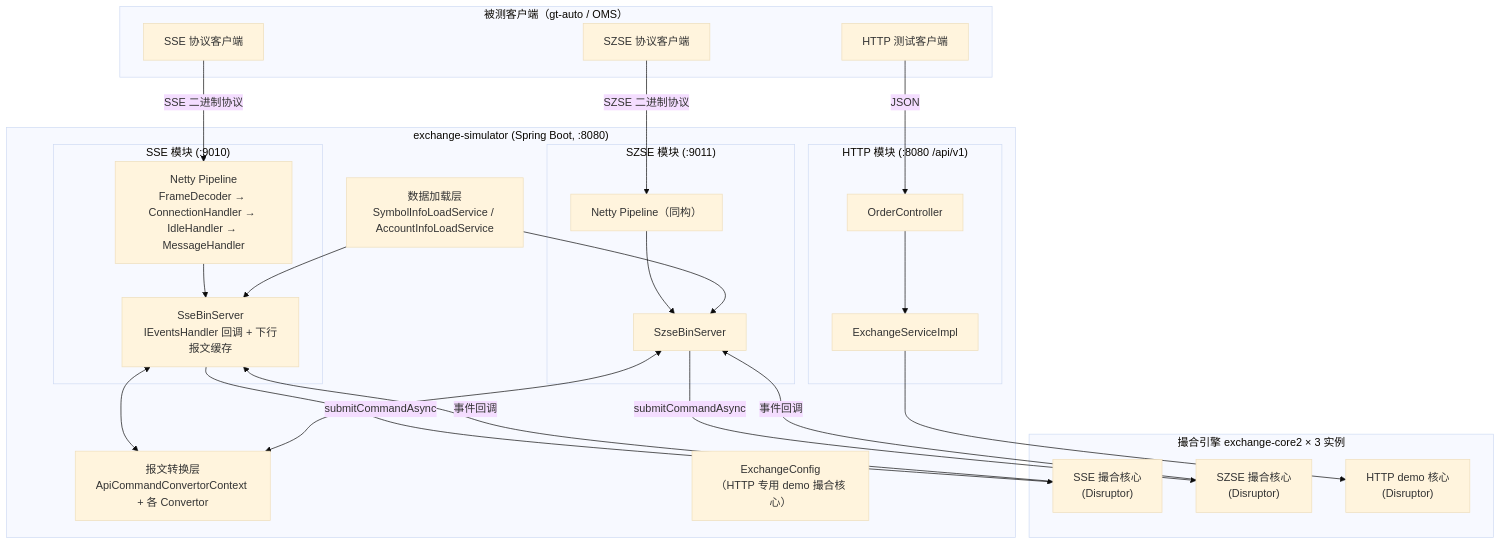
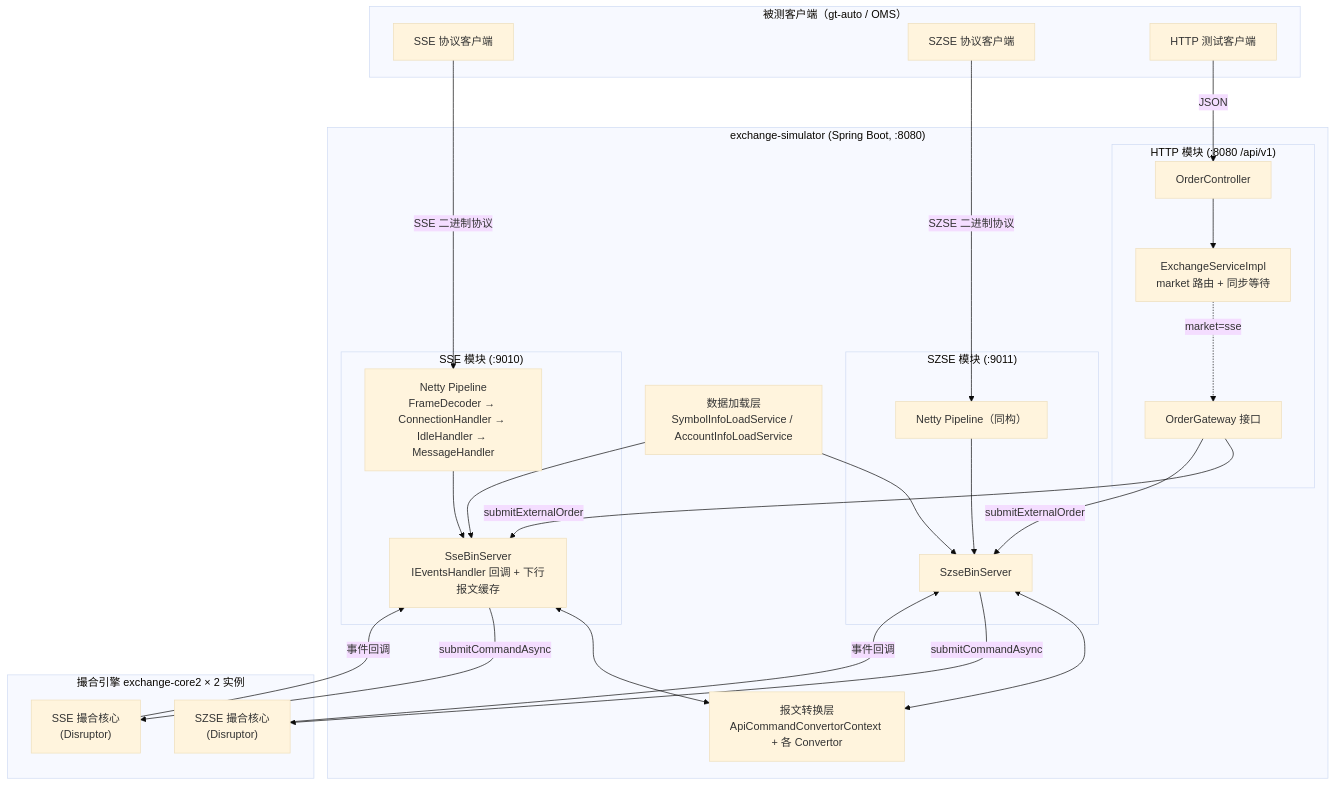
The first of 6 diagrams in docs/DESIGN.md (xinchentechnote/exchange-simulator), drawn with Mermaid (base theme) before and after one commit. The commit also changed other lines of this file and 23 other files, not shown here.

First line of the commit message:
feat: Enhance SZSE and SSE order handling with new cancel functionality and validation

````diff
--- a/docs/DESIGN.md
+++ b/docs/DESIGN.md
@@ -66,44 +66,46 @@
 ```mermaid
 flowchart TB
     subgraph clients["被测客户端（gt-auto / OMS）"]
         OMSSSE["SSE 协议客户端"]
         OMSSZSE["SZSE 协议客户端"]
         HTTPCLI["HTTP 测试客户端"]
     end
 
     subgraph app["exchange-simulator (Spring Boot, :8080)"]
         subgraph ssemod["SSE 模块 (:9010)"]
             SSEPIPE["Netty Pipeline<br/>FrameDecoder → ConnectionHandler → IdleHandler → MessageHandler"]
             SSECORE["SseBinServer<br/>IEventsHandler 回调 + 下行报文缓存"]
         end
         subgraph szsemod["SZSE 模块 (:9011)"]
             SZSEPIPE["Netty Pipeline（同构）"]
             SZSECORE["SzseBinServer"]
         end
-        subgraph httpmod["HTTP 模块 (:8080 /api/v1)"]
-            CTRL["OrderController"]
-            SVC["ExchangeServiceImpl"]
-        end
-        CONV["报文转换层<br/>ApiCommandConvertorContext + 各 Convertor"]
-        LOAD["数据加载层<br/>SymbolInfoLoadService / AccountInfoLoadService"]
-        DEMO["ExchangeConfig<br/>（HTTP 专用 demo 撮合核心）"]
+    subgraph httpmod["HTTP 模块 (:8080 /api/v1)"]
+        CTRL["OrderController"]
+        SVC["ExchangeServiceImpl<br/>market 路由 + 同步等待"]
+        GW["OrderGateway 接口"]
+    end
+    CONV["报文转换层<br/>ApiCommandConvertorContext + 各 Convertor"]
+    LOAD["数据加载层<br/>SymbolInfoLoadService / AccountInfoLoadService"]
     end
 
-    subgraph eng["撮合引擎 exchange-core2 × 3 实例"]
+    subgraph eng["撮合引擎 exchange-core2 × 2 实例"]
         EC1["SSE 撮合核心<br/>(Disruptor)"]
         EC2["SZSE 撮合核心<br/>(Disruptor)"]
-        EC3["HTTP demo 核心<br/>(Disruptor)"]
     end
 
     OMSSSE -->|SSE 二进制协议| SSEPIPE --> SSECORE
     OMSSZSE -->|SZSE 二进制协议| SZSEPIPE --> SZSECORE
-    HTTPCLI -->|JSON| CTRL --> SVC --> EC3
+    HTTPCLI -->|JSON| CTRL --> SVC
+    SVC -.->|market=sse| GW
+    GW -->|submitExternalOrder| SSECORE
+    GW -->|submitExternalOrder| SZSECORE
 
     SSECORE <--> CONV
     SZSECORE <--> CONV
     SSECORE -->|submitCommandAsync| EC1
     EC1 -->|事件回调| SSECORE
     SZSECORE -->|submitCommandAsync| EC2
     EC2 -->|事件回调| SZSECORE
     LOAD --> SSECORE & SZSECORE
 ```
````
